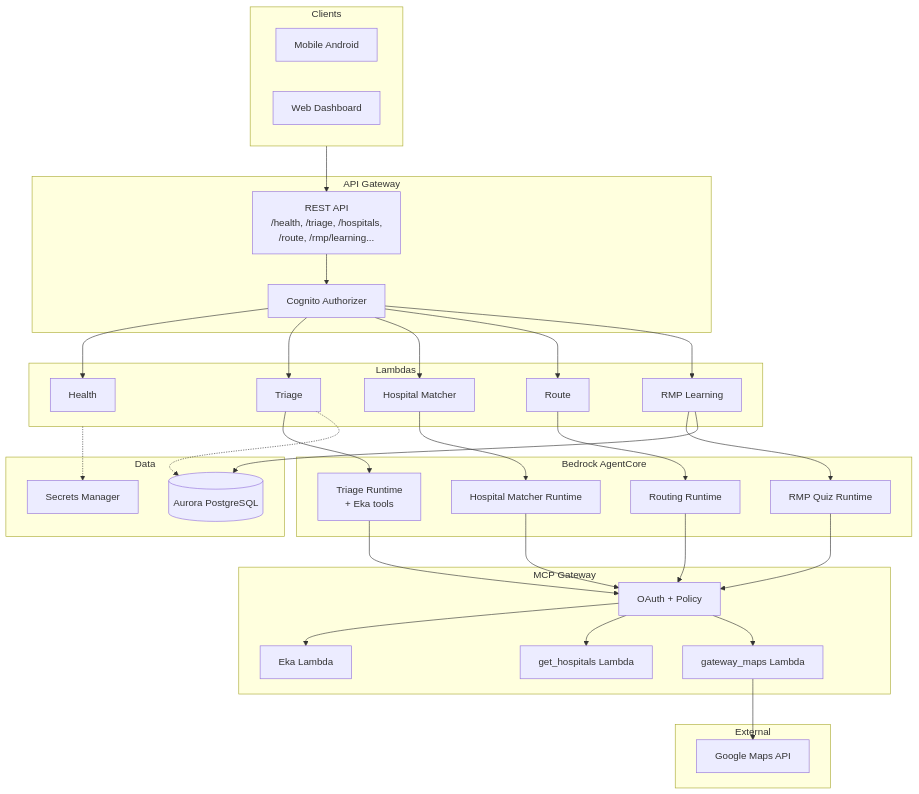
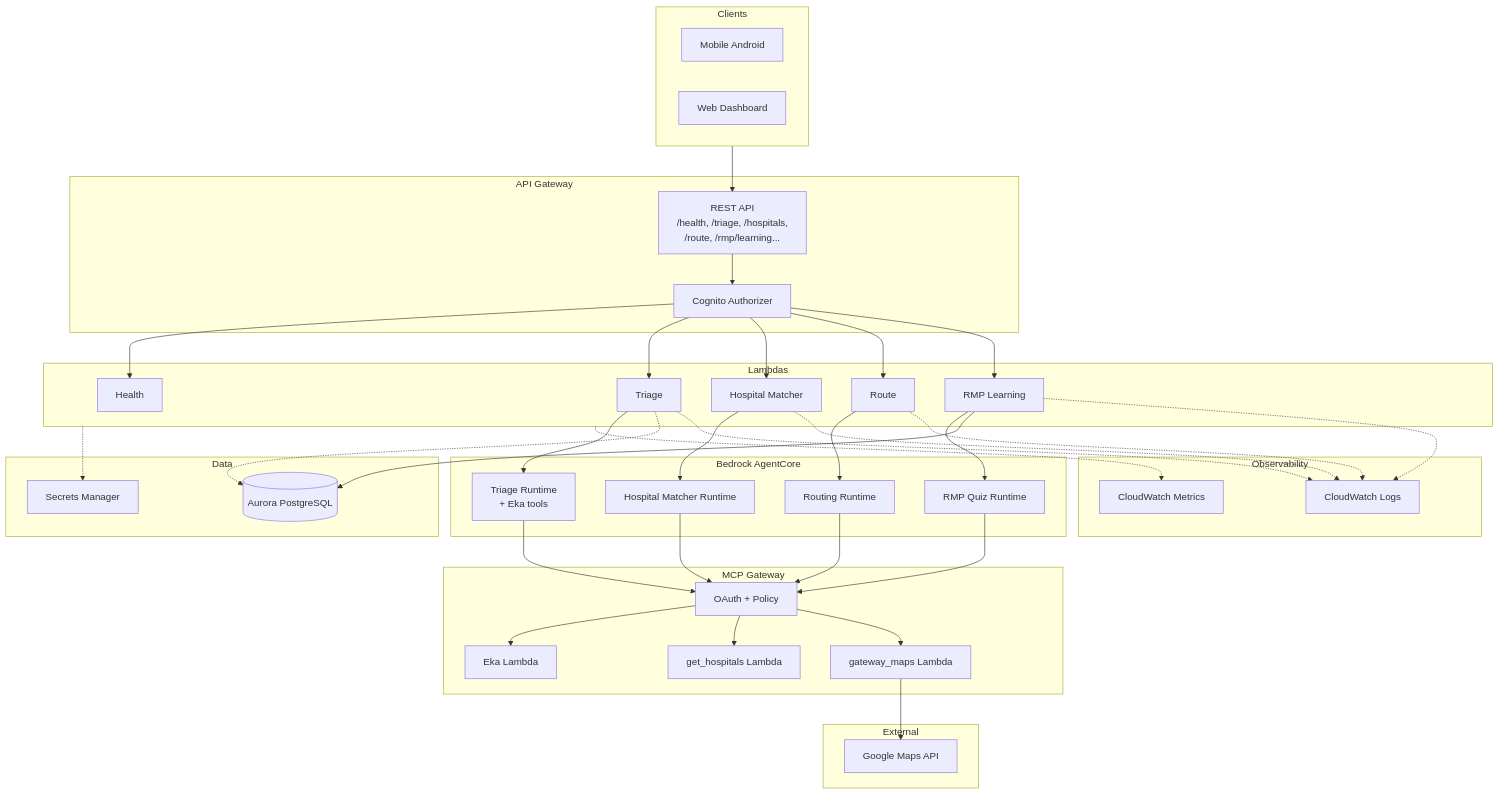
Before and after one commit to Rvk18/emergency-medical-triage: the second of 2 diagrams in docs/ARCHITECTURE-PROMPT.md, drawn with Mermaid. The commit also changed other lines of this file and 1 other file, not shown here.

First line of the commit message:
docs: expand architecture prompts and add diagram checklist

````diff
--- a/docs/ARCHITECTURE-PROMPT.md
+++ b/docs/ARCHITECTURE-PROMPT.md
@@ -164,70 +193,80 @@
 ```mermaid
 flowchart TB
     subgraph Clients["Clients"]
         MA[Mobile Android]
         WD[Web Dashboard]
     end
 
     subgraph API["API Gateway"]
         AG[REST API\n/health, /triage, /hospitals,\n/route, /rmp/learning...]
         COG[Cognito Authorizer]
     end
 
     subgraph Lambdas["Lambdas"]
         HL[Health]
         TL[Triage]
         HML[Hospital Matcher]
         RL[Route]
         RLL[RMP Learning]
     end
 
     subgraph AgentCore["Bedrock AgentCore"]
         TR[Triage Runtime\n+ Eka tools]
         HMR[Hospital Matcher Runtime]
         RR[Routing Runtime]
         RQR[RMP Quiz Runtime]
     end
 
     subgraph Gateway["MCP Gateway"]
         GW[OAuth + Policy]
         EKA[Eka Lambda]
         GH[get_hospitals Lambda]
         GMAP[gateway_maps Lambda]
     end
 
     subgraph Data["Data"]
         AUR[(Aurora PostgreSQL)]
         SM[Secrets Manager]
     end
 
     subgraph External["External"]
         GAPI[Google Maps API]
     end
 
+    subgraph Observability["Observability"]
+        CWL[CloudWatch Logs]
+        CWM[CloudWatch Metrics]
+    end
+
     Clients --> AG
     AG --> COG
     COG --> HL
     COG --> TL
     COG --> HML
     COG --> RL
     COG --> RLL
 
     TL --> TR
     HML --> HMR
     RL --> RR
     RLL --> RQR
 
     TR --> GW
     HMR --> GW
     RR --> GW
     RQR --> GW
 
     GW --> EKA
     GW --> GH
     GW --> GMAP
     GMAP --> GAPI
 
     RLL --> AUR
     TL -.-> AUR
     Lambdas -.-> SM
+    TL -.-> CWL
+    HML -.-> CWL
+    RL -.-> CWL
+    RLL -.-> CWL
+    Lambdas -.-> CWM
 ```
````
